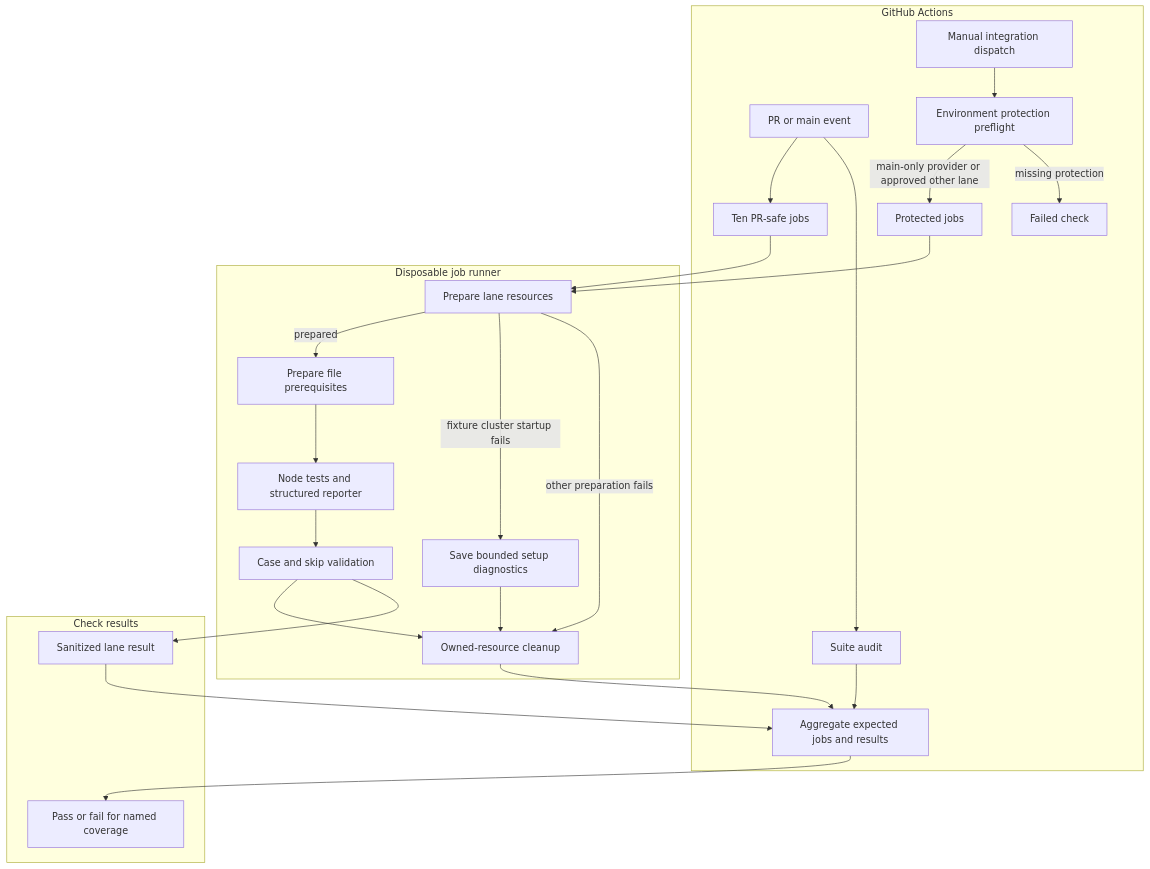
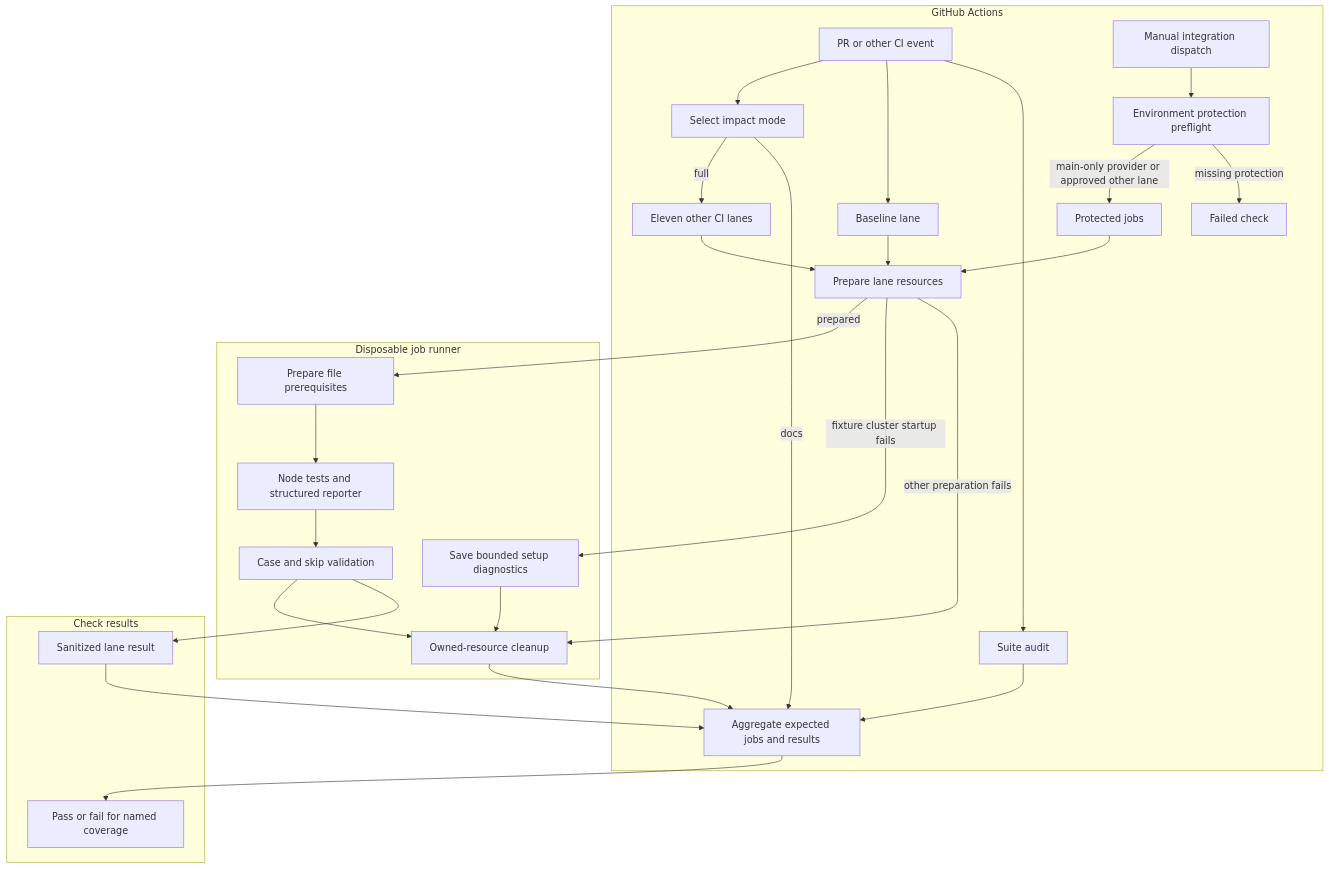
The diagram in docs/flows/github-actions-testing.md (IsaiahStapleton/openclaw-enterprise), drawn with Mermaid before and after one commit. The commit also changed other lines of this file and 7 other files, not shown here.

Commit message:
Select CI lanes for documentation-only pull requests

````diff
--- a/docs/flows/github-actions-testing.md
+++ b/docs/flows/github-actions-testing.md
@@ -21,28 +21,32 @@
 ```mermaid
 graph TD
   subgraph Actions["GitHub Actions"]
-    A["PR or main event"] --> B["Ten PR-safe jobs"]
+    A["PR or other CI event"] --> S["Select impact mode"]
+    S -->|full| B["Eleven other CI lanes"]
+    S -->|docs| L
+    A --> Q["Baseline lane"]
     A --> N["Suite audit"]
     N --> L
+    Q --> F
     C["Manual integration dispatch"] --> D["Environment protection preflight"]
     D -->|main-only provider or approved other lane| E["Protected jobs"]
     D -->|missing protection| X["Failed check"]
   end
   subgraph Runner["Disposable job runner"]
     B --> F["Prepare lane resources"]
     E --> F
     F -->|prepared| G["Prepare file prerequisites"]
     G --> H["Node tests and structured reporter"]
     H --> I["Case and skip validation"]
     F -->|fixture cluster startup fails| P["Save bounded setup diagnostics"]
     P --> J["Owned-resource cleanup"]
     F -->|other preparation fails| J
     I --> J
   end
   subgraph Results["Check results"]
     I --> K["Sanitized lane result"]
     J --> L["Aggregate expected jobs and results"]
     K --> L
     L --> M["Pass or fail for named coverage"]
   end
 ```
````
